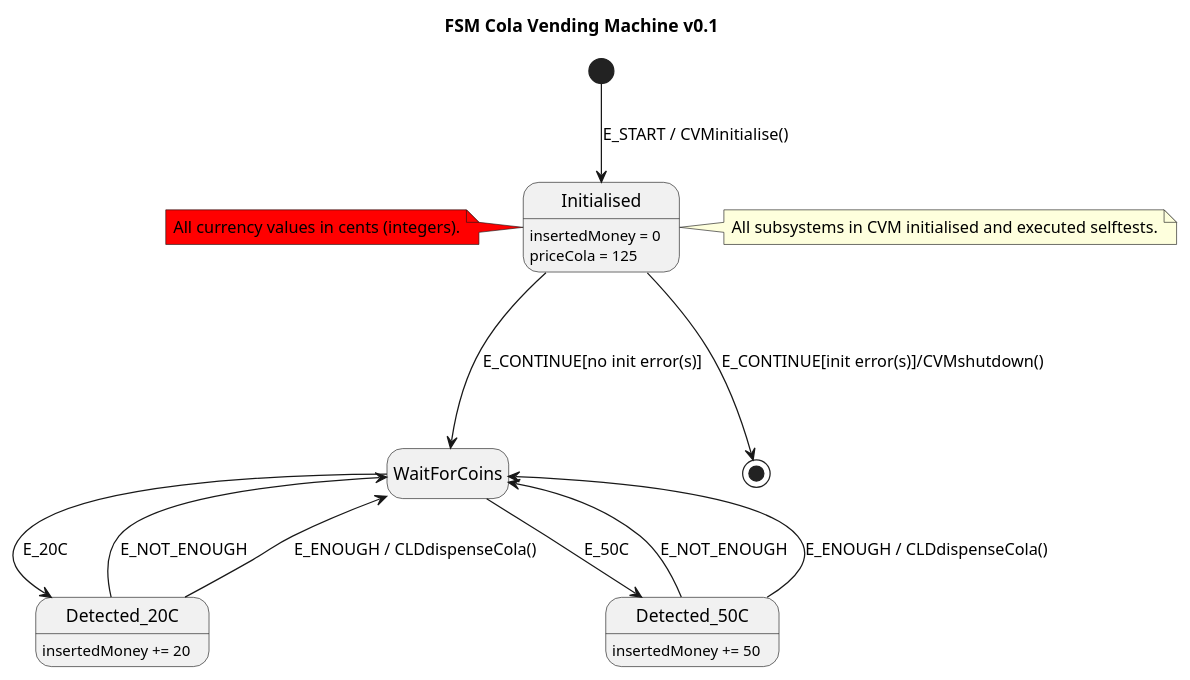
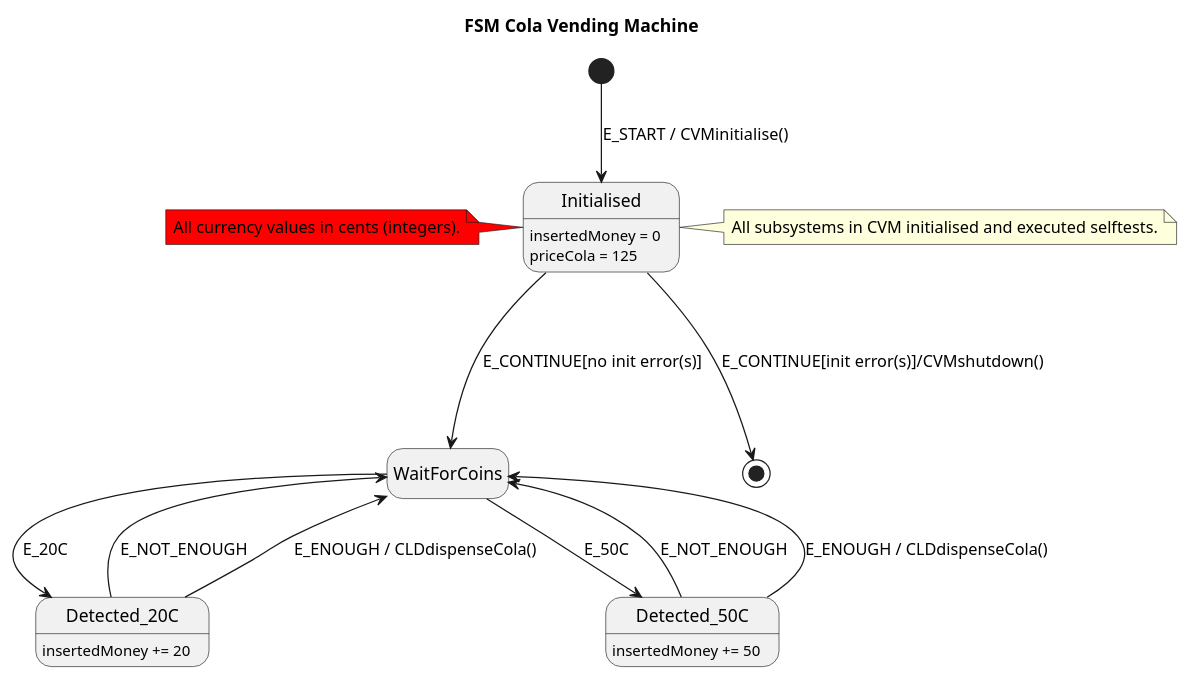
One commit to josokw/IntroductionC changed the diagram in ColaVendingMachine/CVM-0/uml/ColaVendingMachine-0-fsm.puml. Above: the diagram before and after it, drawn with PlantUML. The commit also changed 4 other files, not shown here.

Commit message:
Develop initial design in UML

```diff
--- a/ColaVendingMachine/CVM-0/uml/ColaVendingMachine-0-fsm.puml
+++ b/ColaVendingMachine/CVM-0/uml/ColaVendingMachine-0-fsm.puml
@@ -1,31 +1,31 @@
 @startuml
 
 hide empty description
 
-title FSM Cola Vending Machine v0.1
+title FSM Cola Vending Machine
 
 [*] --> Initialised : E_START / CVMinitialise()
 Initialised : insertedMoney = 0
 Initialised : priceCola = 125
 Initialised ---> WaitForCoins : E_CONTINUE[no init error(s)]
 Initialised ---> [*] : E_CONTINUE[init error(s)]/CVMshutdown()
 
 WaitForCoins --> Detected_20C : E_20C
 Detected_20C : insertedMoney += 20
 Detected_20C -up-> WaitForCoins : E_NOT_ENOUGH
 Detected_20C --> WaitForCoins : E_ENOUGH / CLDdispenseCola()
 
 WaitForCoins --> Detected_50C : E_50C
 Detected_50C : insertedMoney += 50
 Detected_50C -up-> WaitForCoins : E_NOT_ENOUGH
 Detected_50C --> WaitForCoins : E_ENOUGH / CLDdispenseCola()
 
 note right of Initialised
     All subsystems in CVM initialised and executed selftests.
 end note
 
 note left of Initialised #red
     All currency values in cents (integers).
 end note
 
 @enduml
```
